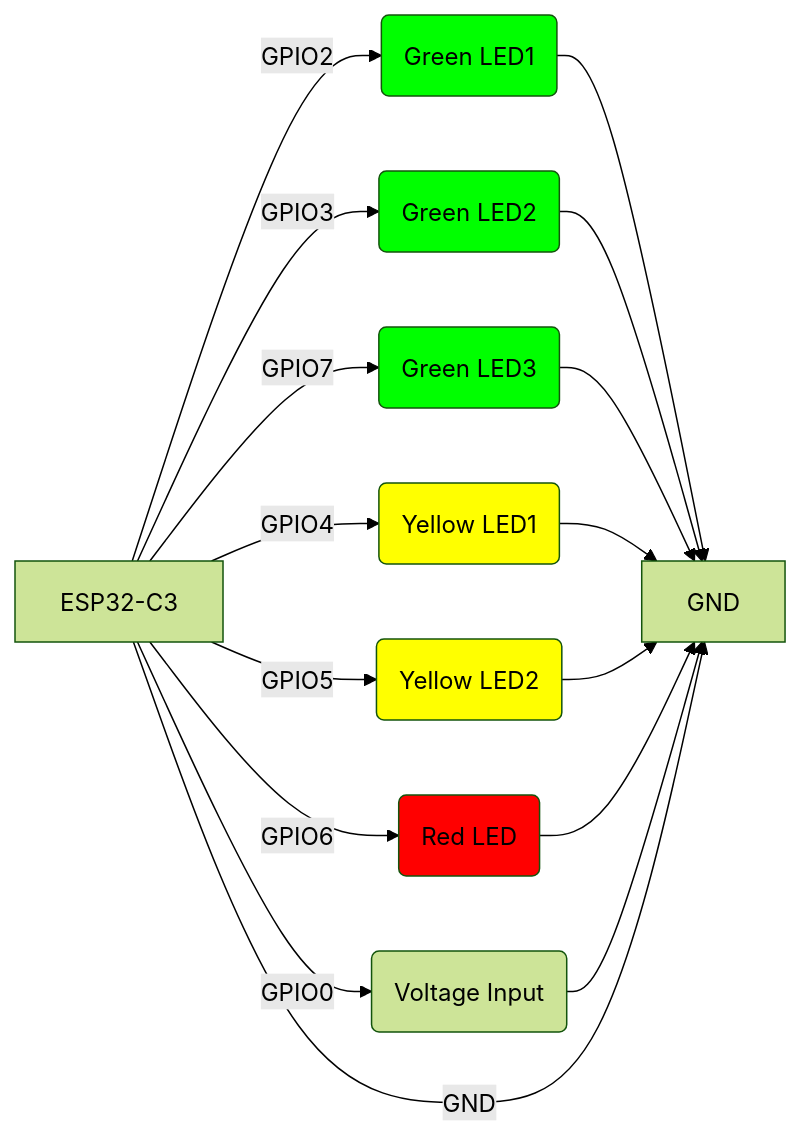
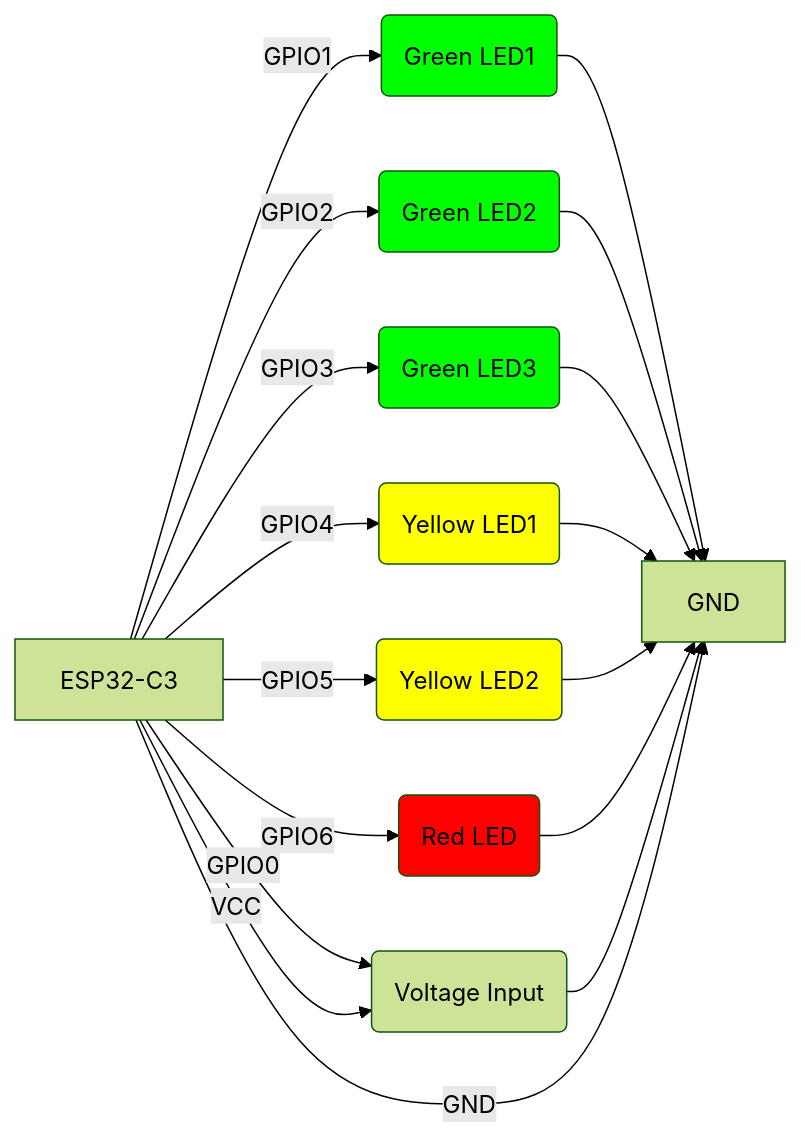
One commit to FrankCasanova/esp32-projects-collection changed the diagram in simple-voltmeter/README.md. Above: the diagram before and after it, drawn with Mermaid (forest theme). The commit also changed other lines of this file, not shown here.

Commit message:
Update README.md
add video
fix schema

````diff
--- a/simple-voltmeter/README.md
+++ b/simple-voltmeter/README.md
@@ -24,24 +28,25 @@
 ```mermaid
 graph LR
-    A[ESP32-C3] -->|GPIO2| B(Green LED1)
-    A -->|GPIO3| C(Green LED2)
-    A -->|GPIO7| D(Green LED3)
+    A[ESP32-C3] -->|GPIO1| B(Green LED1)
+    A -->|GPIO2| C(Green LED2)
+    A -->|GPIO3| D(Green LED3)
     A -->|GPIO4| E(Yellow LED1)
     A -->|GPIO5| F(Yellow LED2)
     A -->|GPIO6| G(Red LED)
     A -->|GPIO0| H(Voltage Input)
+    A -->|VCC| H
     B --> I[GND]
     C --> I
     D --> I
     E --> I
     F --> I
     G --> I
     H --> I
     A -->|GND| I
     style B fill:#00ff00
     style C fill:#00ff00
     style D fill:#00ff00
     style E fill:#ffff00
     style F fill:#ffff00
     style G fill:#ff0000
 ```
````
